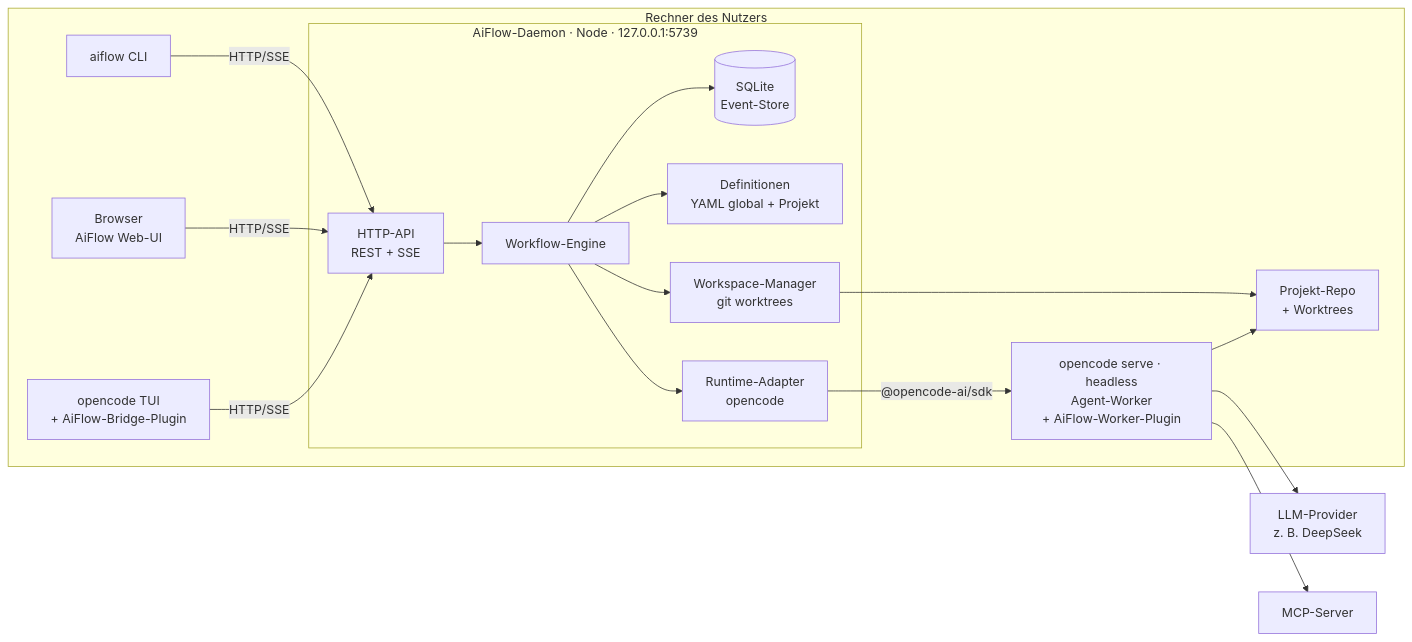
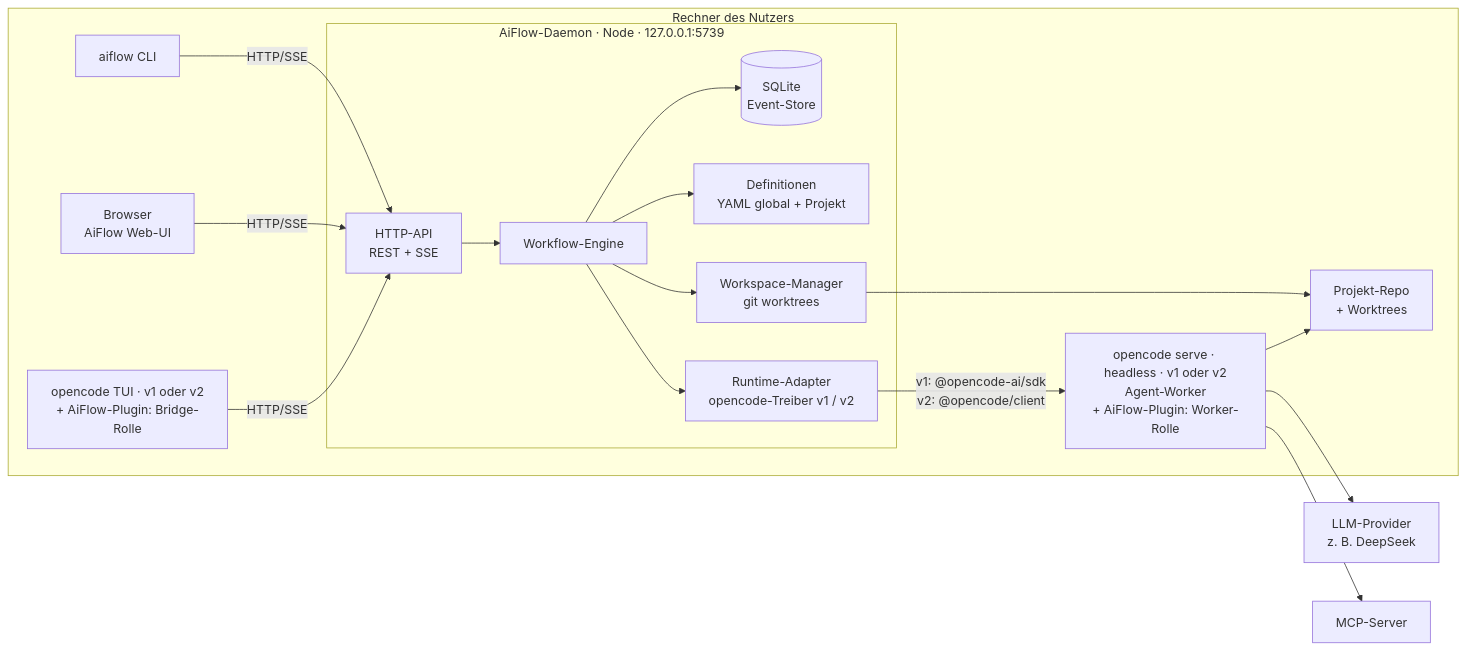
Before and after one commit to BastianLo/Ai-Stuff: the first of 8 diagrams in plugins/aiflow/PLAN.md, drawn with Mermaid. The commit also changed other lines of this file, not shown here.

First line of the commit message:
Plan: support opencode v1 and v2

````diff
--- a/plugins/aiflow/PLAN.md
+++ b/plugins/aiflow/PLAN.md
@@ -156,34 +162,34 @@
 ```mermaid
 flowchart LR
   subgraph Rechner["Rechner des Nutzers"]
-    TUI["opencode TUI<br/>+ AiFlow-Bridge-Plugin"]
+    TUI["opencode TUI · v1 oder v2<br/>+ AiFlow-Plugin: Bridge-Rolle"]
     Browser["Browser<br/>AiFlow Web-UI"]
     CLI["aiflow CLI"]
     subgraph Daemon["AiFlow-Daemon · Node · 127.0.0.1:5739"]
       API["HTTP-API<br/>REST + SSE"]
       Engine["Workflow-Engine"]
       Store[("SQLite<br/>Event-Store")]
       Defs["Definitionen<br/>YAML global + Projekt"]
       WSM["Workspace-Manager<br/>git worktrees"]
-      RT["Runtime-Adapter<br/>opencode"]
+      RT["Runtime-Adapter<br/>opencode-Treiber v1 / v2"]
     end
-    Worker["opencode serve · headless<br/>Agent-Worker<br/>+ AiFlow-Worker-Plugin"]
+    Worker["opencode serve · headless · v1 oder v2<br/>Agent-Worker<br/>+ AiFlow-Plugin: Worker-Rolle"]
     Repo["Projekt-Repo<br/>+ Worktrees"]
   end
   LLM["LLM-Provider<br/>z. B. DeepSeek"]
   MCP["MCP-Server"]
 
   TUI -- "HTTP/SSE" --> API
   Browser -- "HTTP/SSE" --> API
   CLI -- "HTTP/SSE" --> API
   API --> Engine
   Engine --> Store
   Engine --> Defs
   Engine --> WSM
   Engine --> RT
-  RT -- "@opencode-ai/sdk" --> Worker
+  RT -- "v1: @opencode-ai/sdk<br/>v2: @opencode/client" --> Worker
   Worker --> LLM
   Worker --> MCP
   Worker --> Repo
   WSM --> Repo
 ```
````
